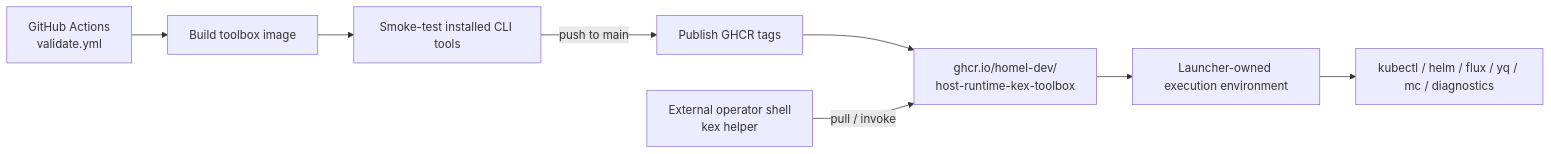
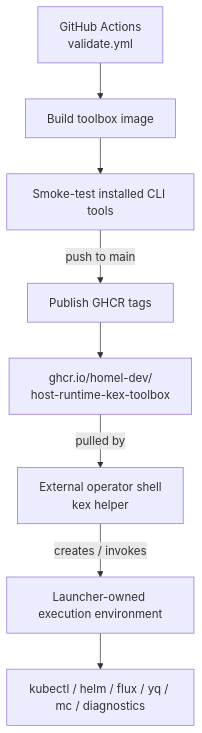
Before and after one commit to homel-dev/host-runtime: the diagram in docs/06_kex_toolbox.md, drawn with Mermaid. The commit also changed other lines of this file and 6 other files, not shown here.

```diff
--- a/docs/06_kex_toolbox.md
+++ b/docs/06_kex_toolbox.md
@@ -56,10 +60,10 @@
 ~~~mermaid
-flowchart LR
+flowchart TB
     W["GitHub Actions<br/>validate.yml"] --> B["Build toolbox image"]
     B --> S["Smoke-test installed CLI tools"]
     S -->|push to main| P["Publish GHCR tags"]
     P --> G["ghcr.io/homel-dev/<br/>host-runtime-kex-toolbox"]
-    K["External operator shell<br/>kex helper"] -->|pull / invoke| G
-    G --> E["Launcher-owned execution environment"]
+    G -->|pulled by| K["External operator shell<br/>kex helper"]
+    K -->|creates / invokes| E["Launcher-owned execution environment"]
     E --> C["kubectl / helm / flux / yq / mc / diagnostics"]
 ~~~
```
